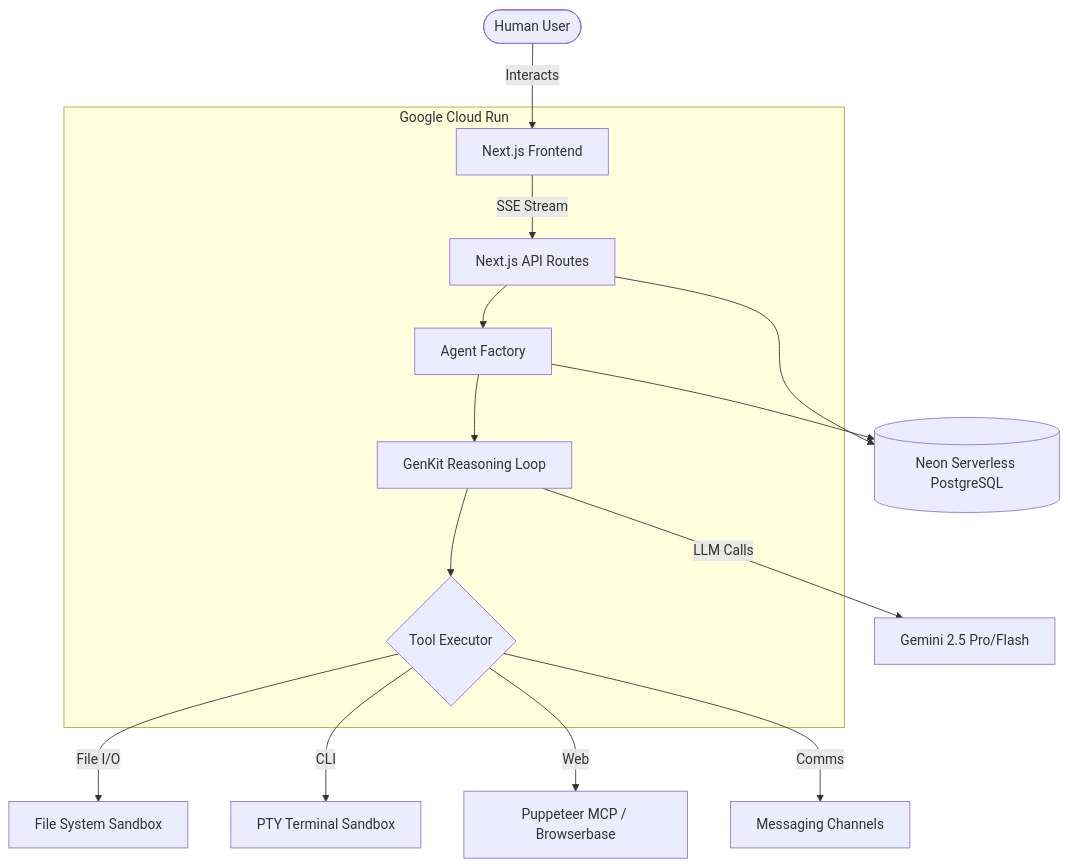
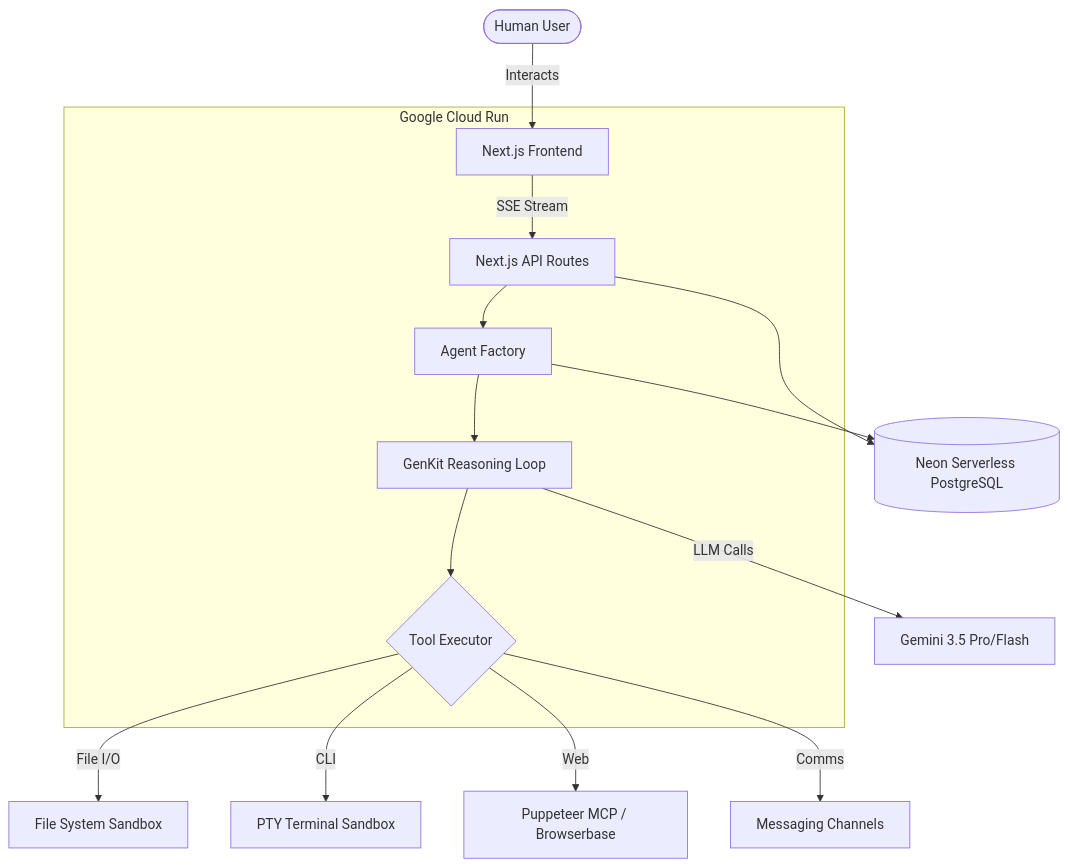
Before and after one commit to abhayzangir1/trans4mers: the diagram in README.md, drawn with Mermaid. The commit also changed other lines of this file and 2 other files, not shown here.

Commit message:
Compliance fix: Upgrade hardcoded Gemini model references from 2.5 to 3.5 to meet mandatory hackathon requirement

````diff
--- a/README.md
+++ b/README.md
@@ -74,26 +74,26 @@
 ```mermaid
 graph TD
     User([Human User]) -->|Interacts| UI[Next.js Frontend]
     UI -->|SSE Stream| Backend[Next.js API Routes]
     
     Backend --> AgentFactory[Agent Factory]
     AgentFactory --> GenKit[GenKit Reasoning Loop]
-    GenKit -->|LLM Calls| Gemini[Gemini 2.5 Pro/Flash]
+    GenKit -->|LLM Calls| Gemini[Gemini 3.5 Pro/Flash]
     
     GenKit --> ToolExecutor{Tool Executor}
     ToolExecutor -->|File I/O| FS[File System Sandbox]
     ToolExecutor -->|CLI| PTY[PTY Terminal Sandbox]
     ToolExecutor -->|Web| MCP[Puppeteer MCP / Browserbase]
     ToolExecutor -->|Comms| Channels[Messaging Channels]
     
     AgentFactory --> DB[(Neon Serverless PostgreSQL)]
     Backend --> DB
     
     subgraph Google Cloud Run
         UI
         Backend
         AgentFactory
         GenKit
         ToolExecutor
     end
 ```
````
